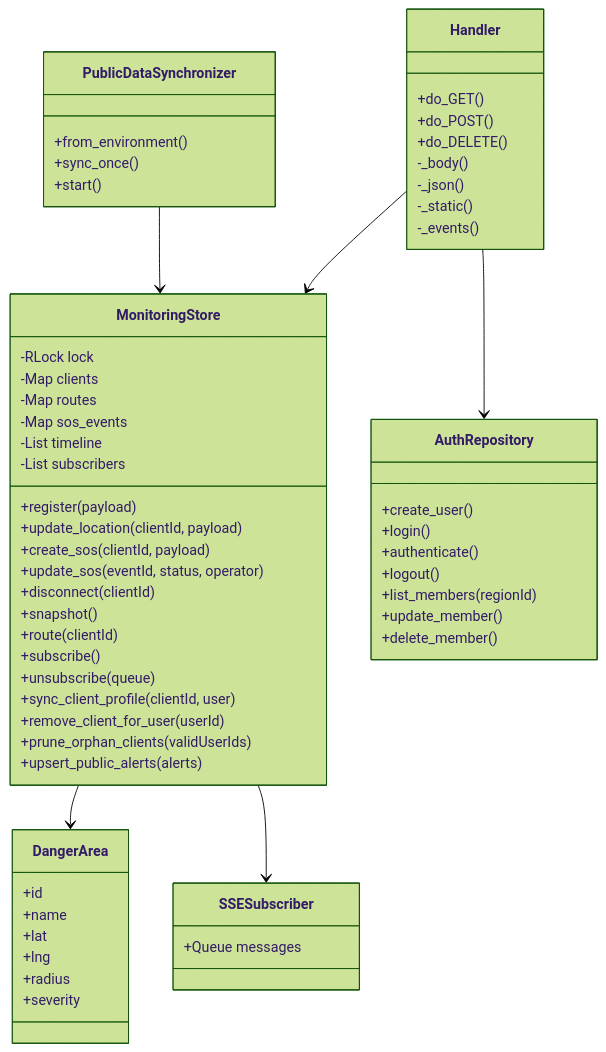
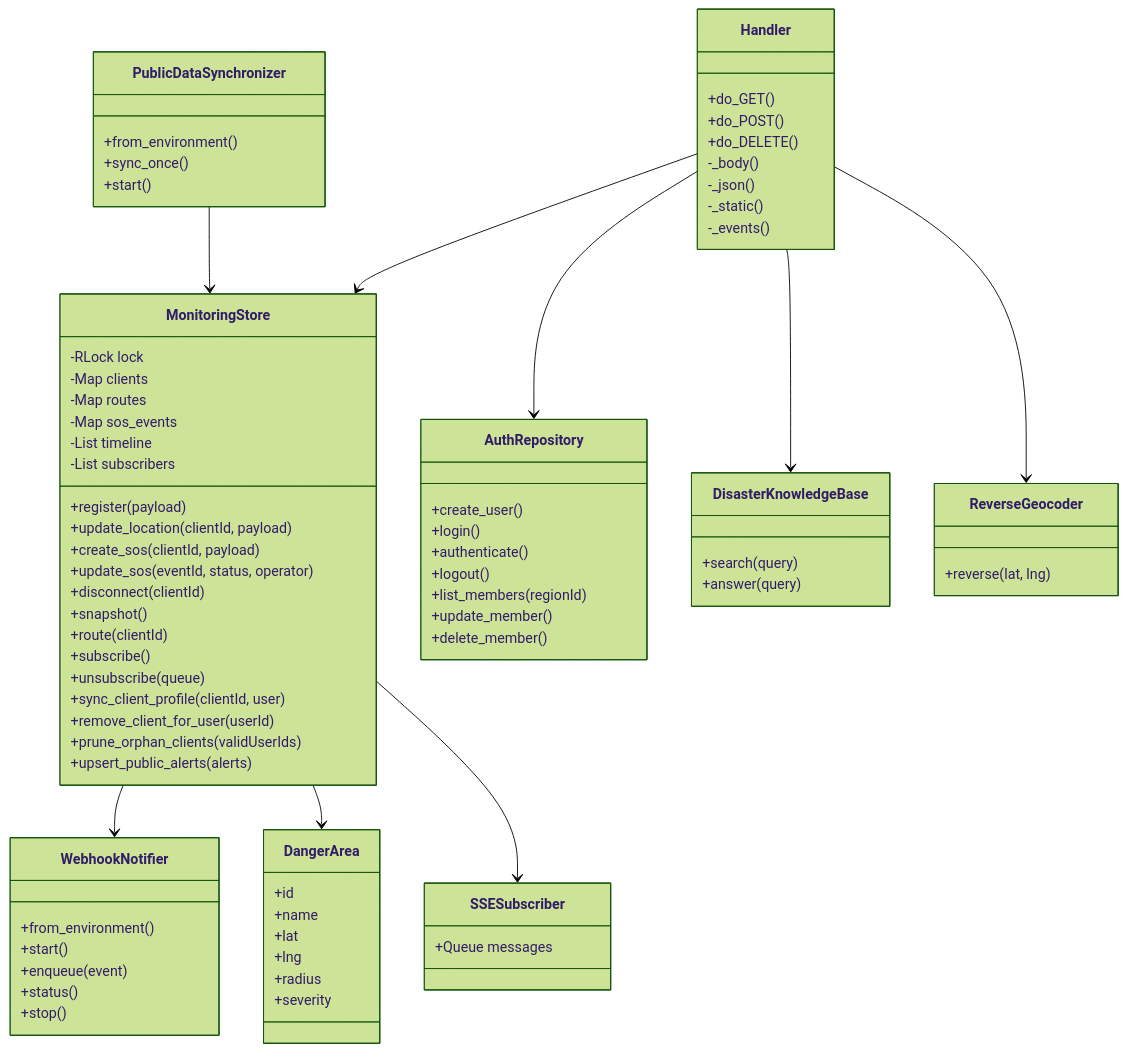
Before and after one commit to xweoze/real-time-monitoring-system: the second of 11 diagrams in Design_22212023_김지훈.md, drawn with Mermaid (forest theme). The commit also changed other lines of this file and 38 other files, not shown here.

````diff
--- a/Design_22212023_김지훈.md
+++ b/Design_22212023_김지훈.md
@@ -227,6 +239,23 @@
         +start()
     }
 
+    class WebhookNotifier {
+        +from_environment()
+        +start()
+        +enqueue(event)
+        +status()
+        +stop()
+    }
+
+    class DisasterKnowledgeBase {
+        +search(query)
+        +answer(query)
+    }
+
+    class ReverseGeocoder {
+        +reverse(lat, lng)
+    }
+
     class DangerArea {
         +id
         +name
@@ -243,6 +272,9 @@
     Handler --> MonitoringStore
     Handler --> AuthRepository
     PublicDataSynchronizer --> MonitoringStore
+    MonitoringStore --> WebhookNotifier
+    Handler --> DisasterKnowledgeBase
+    Handler --> ReverseGeocoder
     MonitoringStore --> DangerArea
     MonitoringStore --> SSESubscriber
 ```
````
